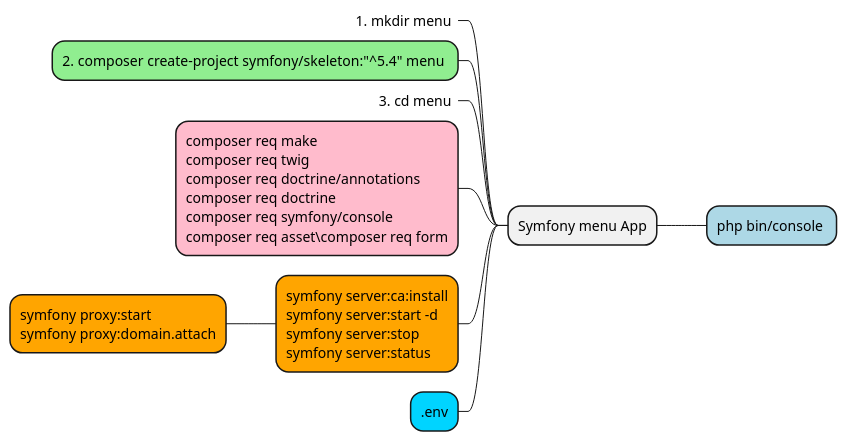
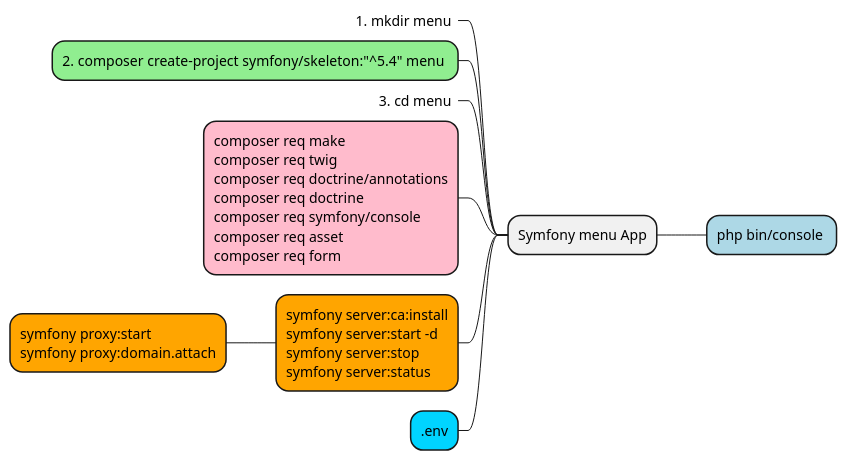
Before and after one commit to tonisun/menu: the diagram in public/doc/MMD.plantuml, drawn with PlantUML. The commit also changed 1 other file, not shown here.

```diff
--- a/public/doc/MMD.plantuml
+++ b/public/doc/MMD.plantuml
@@ -2,33 +2,33 @@
 @startmindmap
 <style>
 mindmapDiagram {
   .lila {
     BackgroundColor #e700ff
   }
   .blau {
     BackgroundColor #00d4ff
   }
   .orange {
     BackgroundColor orange
   }
   .green {
     BackgroundColor lightgreen
   }
   .rose {
     BackgroundColor #FFBBCC
   }
   .your_style_name {
     BackgroundColor lightblue
   }
 }
 </style>
 + Symfony menu App
 --_ 1. mkdir menu 
 -- 2. composer create-project symfony/skeleton:"^5.4" menu <<green>> 
 --_ 3. cd menu <<green>>
--- composer req make\ncomposer req twig\ncomposer req doctrine/annotations\ncomposer req doctrine\ncomposer req symfony/console\ncomposer req asset\composer req form<<rose>>
+-- composer req make\ncomposer req twig\ncomposer req doctrine/annotations\ncomposer req doctrine\ncomposer req symfony/console\ncomposer req asset\ncomposer req form<<rose>>
 -- symfony server:ca:install\nsymfony server:start -d\nsymfony server:stop\nsymfony server:status<<orange>>
 --- symfony proxy:start\nsymfony proxy:domain.attach<<orange>>
 -- .env<<blau>>
 ++ php bin/console <<your_style_name>>
 @endmindmap
```
